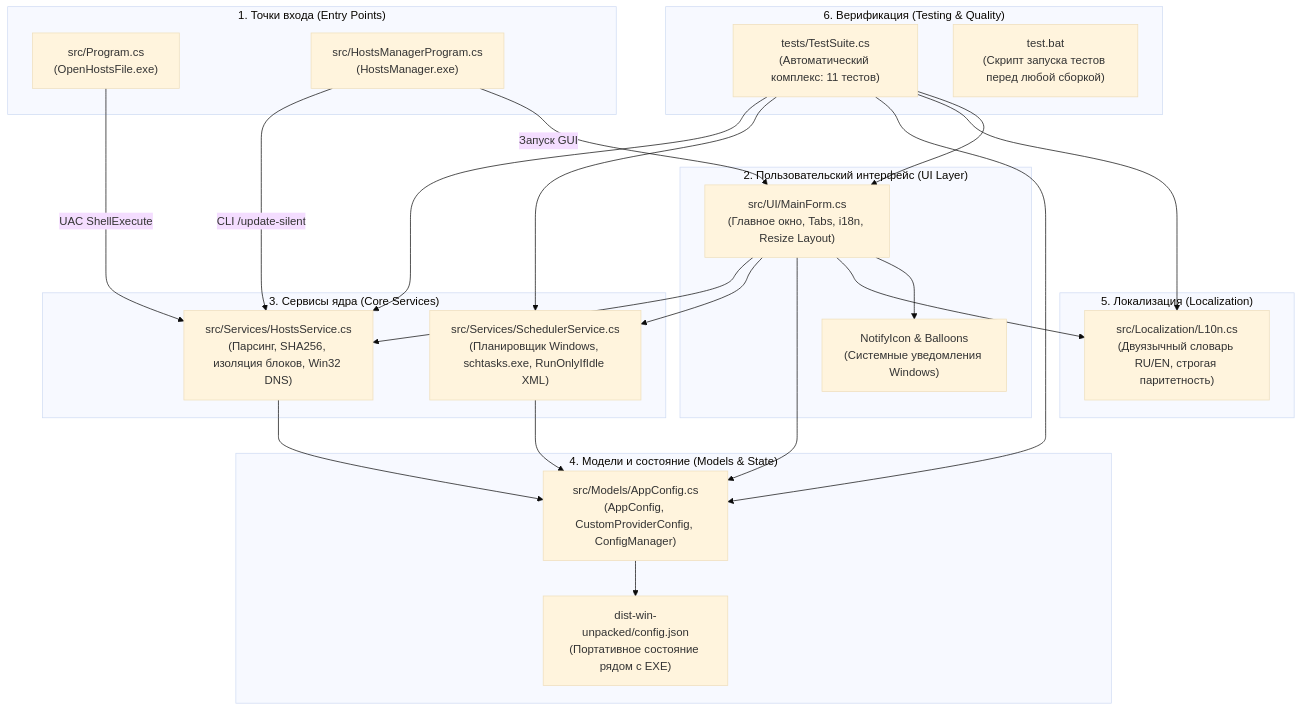
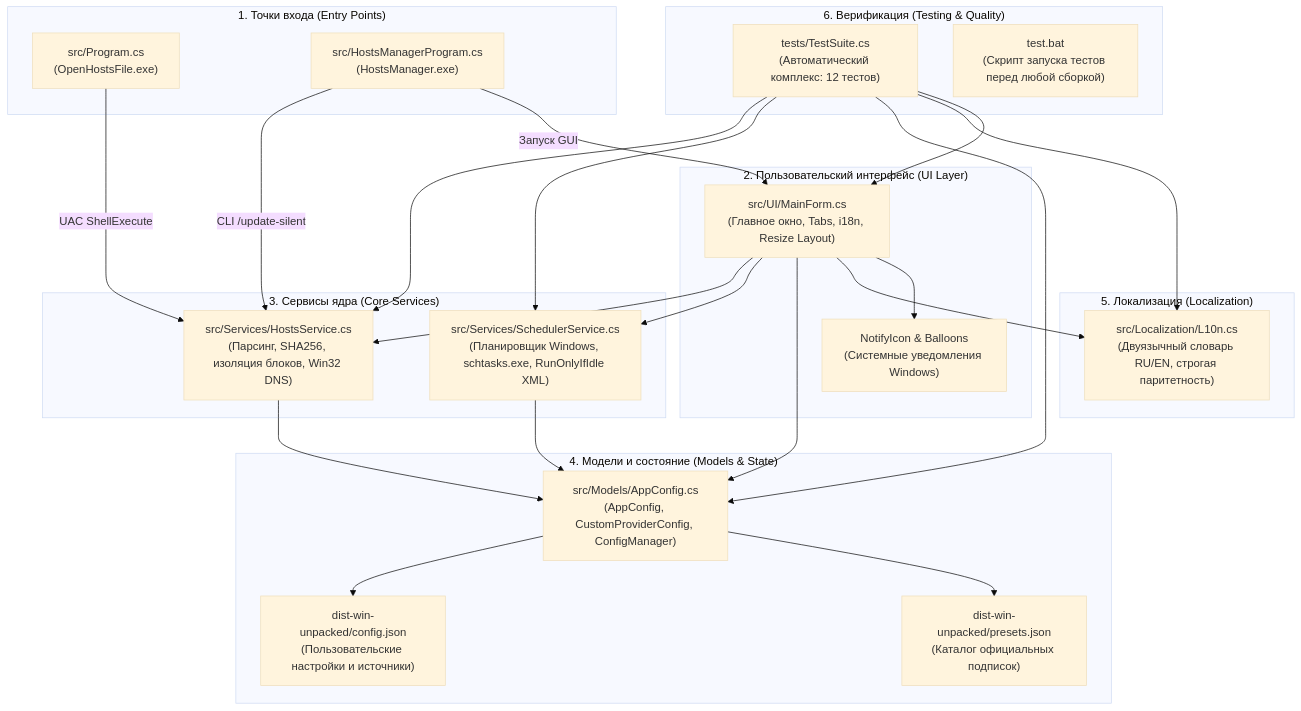
The first of 2 diagrams in Project_Map.md (MaximXR/hosts-file-manager), drawn with Mermaid (base theme) before and after one commit. The commit also changed other lines of this file and 16 other files, not shown here.

Commit message:
feat: decouple presets.json from config.json and implement smart preset reset dialog

````diff
--- a/Project_Map.md
+++ b/Project_Map.md
@@ -21,48 +21,50 @@
 ```mermaid
 graph TD
     subgraph EntryPoints ["1. Точки входа (Entry Points)"]
         A1["src/Program.cs<br/>(OpenHostsFile.exe)"]
         A2["src/HostsManagerProgram.cs<br/>(HostsManager.exe)"]
     end
 
     subgraph UILayer ["2. Пользовательский интерфейс (UI Layer)"]
         B1["src/UI/MainForm.cs<br/>(Главное окно, Tabs, i18n, Resize Layout)"]
         B2["NotifyIcon & Balloons<br/>(Системные уведомления Windows)"]
     end
 
     subgraph CoreServices ["3. Сервисы ядра (Core Services)"]
         C1["src/Services/HostsService.cs<br/>(Парсинг, SHA256, изоляция блоков, Win32 DNS)"]
         C2["src/Services/SchedulerService.cs<br/>(Планировщик Windows, schtasks.exe, RunOnlyIfIdle XML)"]
     end
 
     subgraph ModelsState ["4. Модели и состояние (Models & State)"]
         D1["src/Models/AppConfig.cs<br/>(AppConfig, CustomProviderConfig, ConfigManager)"]
-        D2["dist-win-unpacked/config.json<br/>(Портативное состояние рядом с EXE)"]
+        D2["dist-win-unpacked/config.json<br/>(Пользовательские настройки и источники)"]
+        D3["dist-win-unpacked/presets.json<br/>(Каталог официальных подписок)"]
     end
 
     subgraph Localization ["5. Локализация (Localization)"]
         E1["src/Localization/L10n.cs<br/>(Двуязычный словарь RU/EN, строгая паритетность)"]
     end
 
     subgraph Testing ["6. Верификация (Testing & Quality)"]
-        F1["tests/TestSuite.cs<br/>(Автоматический комплекс: 11 тестов)"]
+        F1["tests/TestSuite.cs<br/>(Автоматический комплекс: 12 тестов)"]
         F2["test.bat<br/>(Скрипт запуска тестов перед любой сборкой)"]
     end
 
     A1 -->|UAC ShellExecute| C1
     A2 -->|CLI /update-silent| C1
     A2 -->|Запуск GUI| B1
     B1 --> C1
     B1 --> C2
     B1 --> D1
     B1 --> E1
     B1 --> B2
     C1 --> D1
     C2 --> D1
     D1 --> D2
+    D1 --> D3
     F1 --> C1
     F1 --> C2
     F1 --> D1
     F1 --> E1
     F1 --> B1
 ```
````
